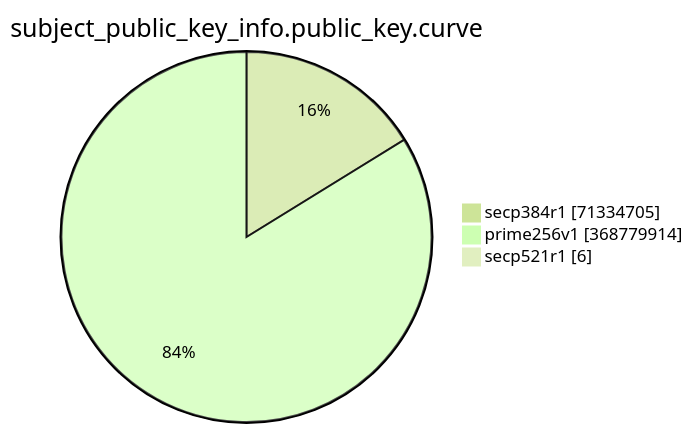
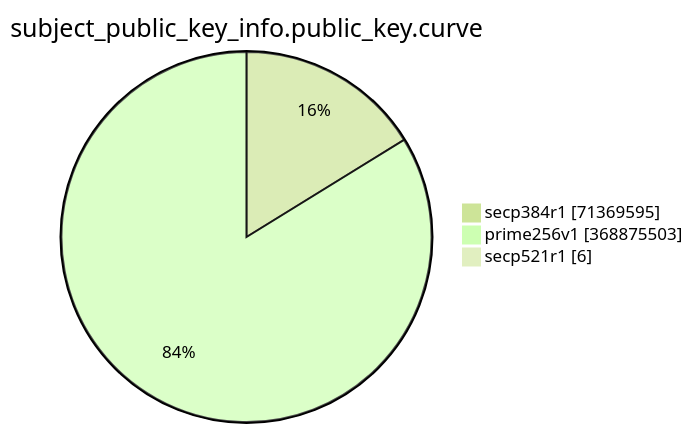
One commit to christiankrug/ctmonitor_visualization changed the eighth of 15 diagrams in TOTAL/README.md. Above: the diagram before and after it, drawn with Mermaid (forest theme). The commit also changed other lines of this file, not shown here.

````diff
--- a/TOTAL/README.md
+++ b/TOTAL/README.md
@@ -3092,7 +3092,7 @@
 ```mermaid
 pie showData
 title subject_public_key_info.public_key.curve
-"secp384r1" :71334705
-"prime256v1" :368779914
+"secp384r1" :71369595
+"prime256v1" :368875503
 "secp521r1" :6
 ```
````
